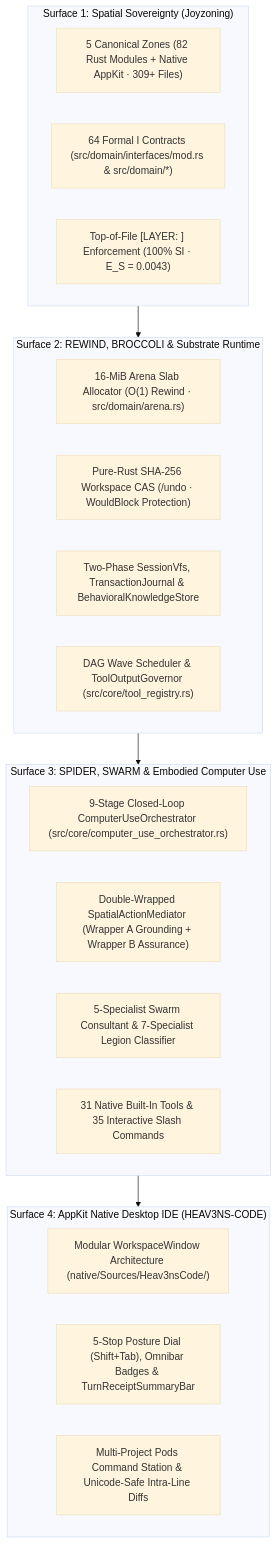
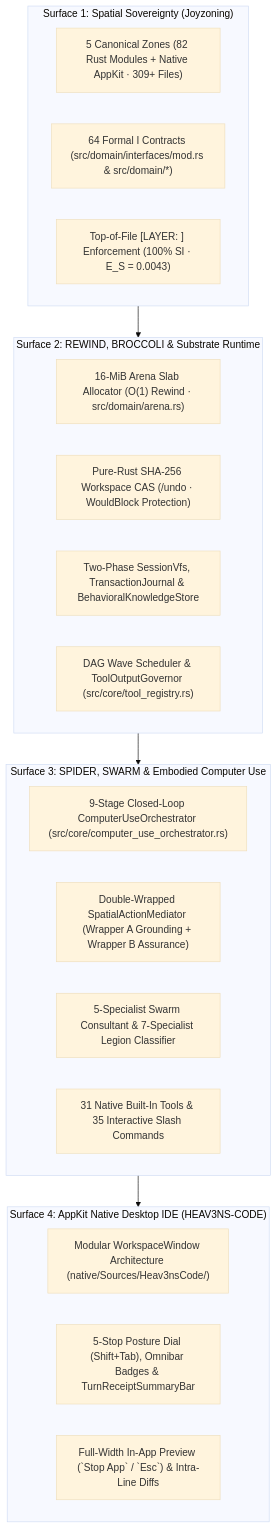
Before and after one commit to CardSorting/HEAV3NS-MICRO: the diagram in docs/AGENT_STACK.md, drawn with Mermaid (base theme). The commit also changed other lines of this file and 10 other files, not shown here.

````diff
--- a/docs/AGENT_STACK.md
+++ b/docs/AGENT_STACK.md
@@ -28,30 +28,30 @@
 ```mermaid
 flowchart TD
   subgraph Surface1 ["Surface 1: Spatial Sovereignty (Joyzoning)"]
     ZONES["5 Canonical Zones (82 Rust Modules + Native AppKit · 309+ Files)"]
     CONTRACTS["64 Formal I<Name> Contracts (src/domain/interfaces/mod.rs & src/domain/*)"]
     HEADER["Top-of-File [LAYER: <ZONE>] Enforcement (100% SI · E_S = 0.0043)"]
   end
 
   subgraph Surface2 ["Surface 2: REWIND, BROCCOLI & Substrate Runtime"]
     ARENA["16-MiB Arena Slab Allocator (O(1) Rewind · src/domain/arena.rs)"]
     CAS["Pure-Rust SHA-256 Workspace CAS (/undo · WouldBlock Protection)"]
     VFS["Two-Phase SessionVfs, TransactionJournal & BehavioralKnowledgeStore"]
     WAVE["DAG Wave Scheduler & ToolOutputGovernor (src/core/tool_registry.rs)"]
   end
 
   subgraph Surface3 ["Surface 3: SPIDER, SWARM & Embodied Computer Use"]
     ORCH["9-Stage Closed-Loop ComputerUseOrchestrator (src/core/computer_use_orchestrator.rs)"]
     SPATIAL["Double-Wrapped SpatialActionMediator (Wrapper A Grounding + Wrapper B Assurance)"]
     SWARM_C["5-Specialist Swarm Consultant & 7-Specialist Legion Classifier"]
     TOOLS["31 Native Built-In Tools & 35 Interactive Slash Commands"]
   end
 
   subgraph Surface4 ["Surface 4: AppKit Native Desktop IDE (HEAV3NS-CODE)"]
     WINDOW["Modular WorkspaceWindow Architecture (native/Sources/Heav3nsCode/)"]
     POSTURE["5-Stop Posture Dial (Shift+Tab), Omnibar Badges & TurnReceiptSummaryBar"]
-    PODS["Multi-Project Pods Command Station & Unicode-Safe Intra-Line Diffs"]
+    PREVIEW["Full-Width In-App Preview (`Stop App` / `Esc`) & Intra-Line Diffs"]
   end
 
   Surface1 --> Surface2 --> Surface3 --> Surface4
 ```
````
